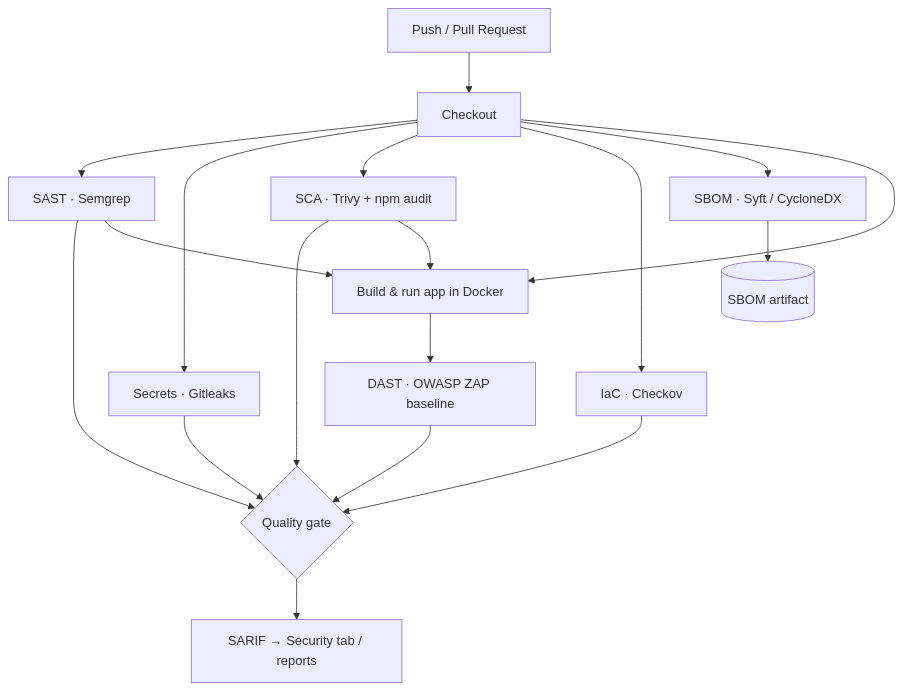
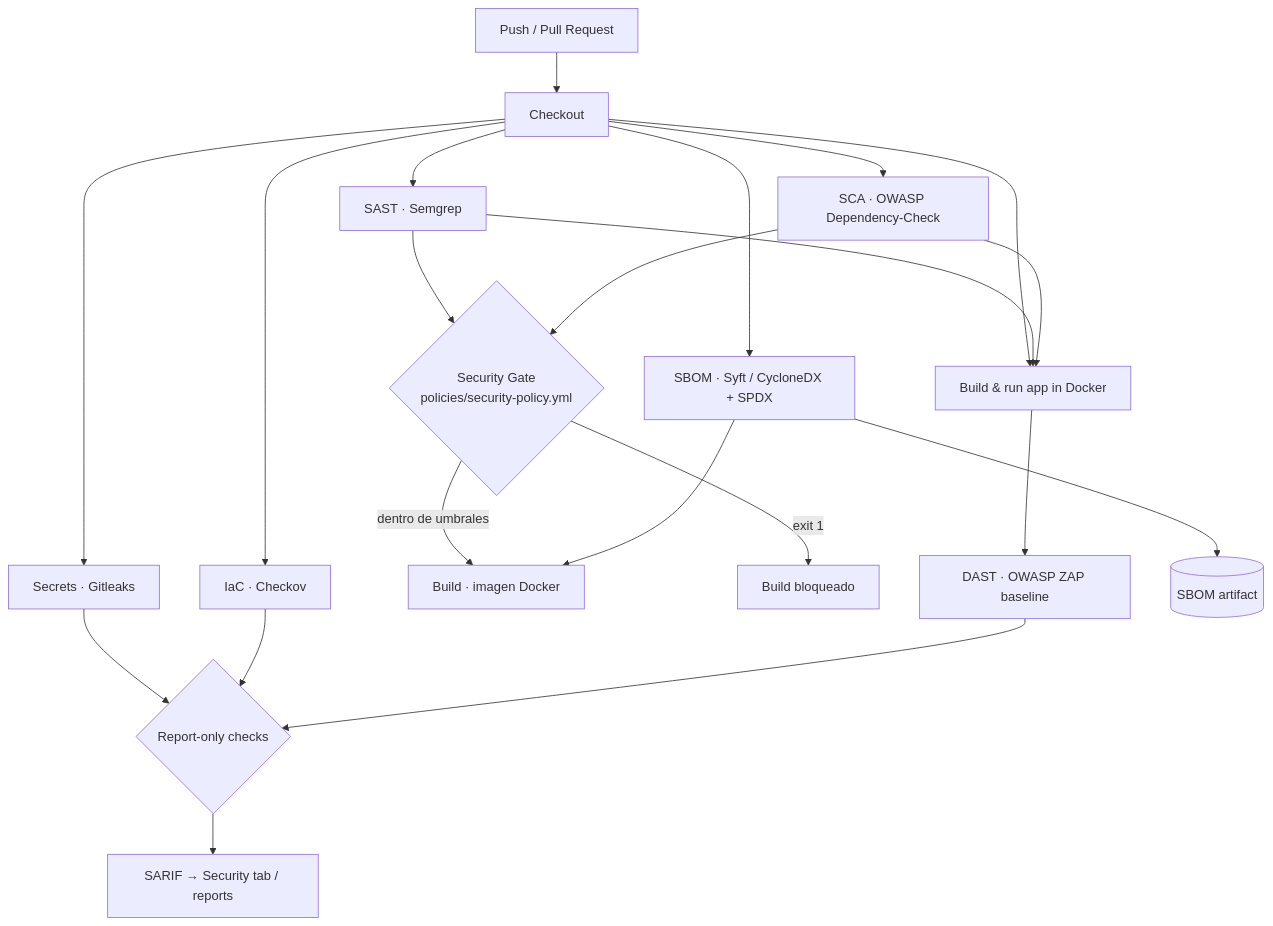
The diagram in docs/architecture.md (ElvinIsem/secure-sdlc-pipeline), drawn with Mermaid before and after one commit. The commit also changed 8 other files, not shown here.

````diff
--- a/docs/architecture.md
+++ b/docs/architecture.md
@@ -7,24 +7,28 @@
 ```mermaid
 flowchart TD
     A[Push / Pull Request] --> B[Checkout]
 
     B --> SAST[SAST · Semgrep]
     B --> SEC[Secrets · Gitleaks]
-    B --> SCA[SCA · Trivy + npm audit]
+    B --> SCA[SCA · OWASP Dependency-Check]
     B --> IAC[IaC · Checkov]
-    B --> SBOM[SBOM · Syft / CycloneDX]
+    B --> SBOM[SBOM · Syft / CycloneDX + SPDX]
 
-    SAST --> G{Quality gate}
-    SEC --> G
-    SCA --> G
+    SAST --> GATE{Security Gate<br/>policies/security-policy.yml}
+    SCA --> GATE
+    GATE -- dentro de umbrales --> BUILD[Build · imagen Docker]
+    GATE -- exit 1 --> BLOCK[Build bloqueado]
+    SBOM --> BUILD
+
+    SEC --> G{Report-only checks}
     IAC --> G
 
     B --> RUN[Build & run app in Docker]
     SAST --> RUN
     SCA --> RUN
     RUN --> DAST[DAST · OWASP ZAP baseline]
     DAST --> G
 
     SBOM --> ART[(SBOM artifact)]
     G --> REP[SARIF → Security tab / reports]
 ```
````
